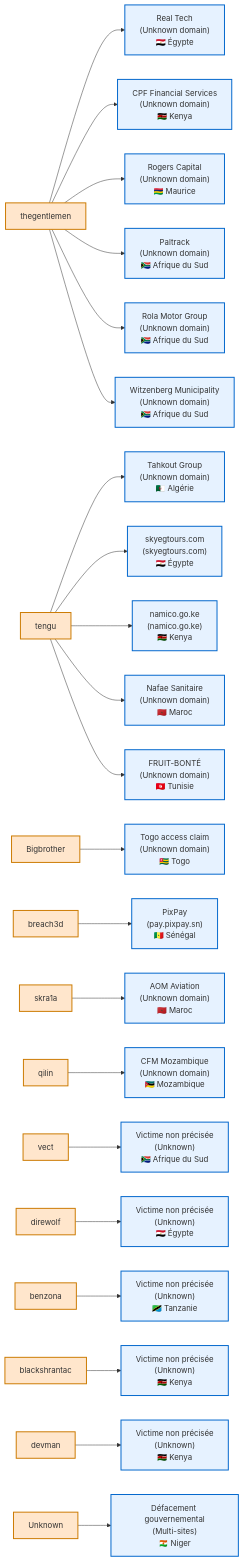
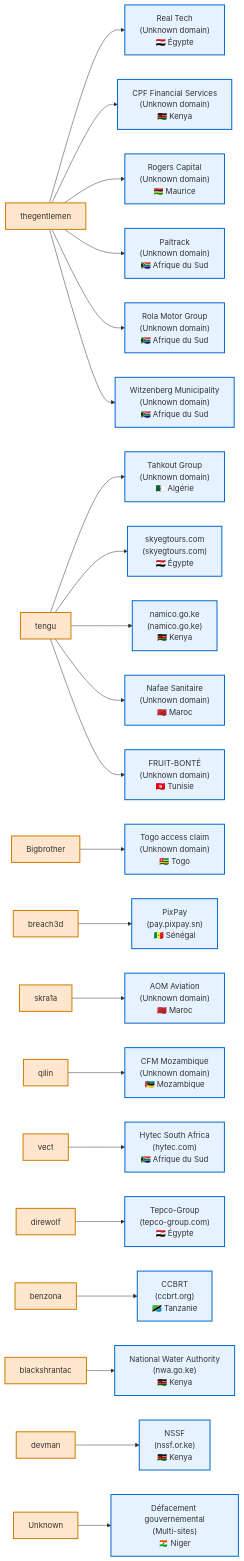
The fourth of 4 diagrams in statistics/2026/01-january/README_FR.md (Hatchepsoute/AFRINTEL), drawn with Mermaid before and after one commit. The commit also changed other lines of this file and 39 other files, not shown here.

````diff
--- a/statistics/2026/01-january/README_FR.md
+++ b/statistics/2026/01-january/README_FR.md
@@ -188,75 +189,75 @@
 ```mermaid
 flowchart LR
 
   %% ===== STYLE =====
   classDef actor fill:#ffe6cc,stroke:#cc7a00,stroke-width:2px;
   classDef victim fill:#e6f2ff,stroke:#0066cc,stroke-width:2px;
 
   %% ===== ACTEURS =====
   A1["thegentlemen"]:::actor
   A2["tengu"]:::actor
   A3["Bigbrother"]:::actor
   A4["breach3d"]:::actor
   A5["skra1a"]:::actor
   A6["qilin"]:::actor
   A7["vect"]:::actor
   A8["direwolf"]:::actor
   A9["benzona"]:::actor
   A10["blackshrantac"]:::actor
   A11["devman"]:::actor
   A12["Unknown"]:::actor
 
   %% ===== VICTIMES =====
   V1["Real Tech\n(Unknown domain)\n🇪🇬 Égypte"]:::victim
   V2["CPF Financial Services\n(Unknown domain)\n🇰🇪 Kenya"]:::victim
   V3["Rogers Capital\n(Unknown domain)\n🇲🇺 Maurice"]:::victim
   V4["Paltrack\n(Unknown domain)\n🇿🇦 Afrique du Sud"]:::victim
   V5["Rola Motor Group\n(Unknown domain)\n🇿🇦 Afrique du Sud"]:::victim
   V6["Witzenberg Municipality\n(Unknown domain)\n🇿🇦 Afrique du Sud"]:::victim
 
   V7["Tahkout Group\n(Unknown domain)\n🇩🇿 Algérie"]:::victim
   V8["skyegtours.com\n(skyegtours.com)\n🇪🇬 Égypte"]:::victim
   V9["namico.go.ke\n(namico.go.ke)\n🇰🇪 Kenya"]:::victim
   V10["Nafae Sanitaire\n(Unknown domain)\n🇲🇦 Maroc"]:::victim
   V11["FRUIT-BONTÉ\n(Unknown domain)\n🇹🇳 Tunisie"]:::victim
 
   V12["PixPay\n(pay.pixpay.sn)\n🇸🇳 Sénégal"]:::victim
   V13["AOM Aviation\n(Unknown domain)\n🇲🇦 Maroc"]:::victim
   V14["CFM Mozambique\n(Unknown domain)\n🇲🇿 Mozambique"]:::victim
   V15["Togo access claim\n(Unknown domain)\n🇹🇬 Togo"]:::victim
 
-  V16["Victime non précisée\n(Unknown)\n🇿🇦 Afrique du Sud"]:::victim
-  V17["Victime non précisée\n(Unknown)\n🇪🇬 Égypte"]:::victim
-  V18["Victime non précisée\n(Unknown)\n🇹🇿 Tanzanie"]:::victim
-  V19["Victime non précisée\n(Unknown)\n🇰🇪 Kenya"]:::victim
-  V20["Victime non précisée\n(Unknown)\n🇰🇪 Kenya"]:::victim
+  V16["Hytec South Africa\n(hytec.com)\n🇿🇦 Afrique du Sud"]:::victim
+  V17["Tepco-Group\n(tepco-group.com)\n🇪🇬 Égypte"]:::victim
+  V18["CCBRT\n(ccbrt.org)\n🇹🇿 Tanzanie"]:::victim
+  V19["National Water Authority\n(nwa.go.ke)\n🇰🇪 Kenya"]:::victim
+  V20["NSSF\n(nssf.or.ke)\n🇰🇪 Kenya"]:::victim
 
   V21["Défacement gouvernemental\n(Multi-sites)\n🇳🇪 Niger"]:::victim
 
   %% ===== RELATIONS =====
   A1 --> V1
   A1 --> V2
   A1 --> V3
   A1 --> V4
   A1 --> V5
   A1 --> V6
 
   A2 --> V7
   A2 --> V8
   A2 --> V9
   A2 --> V10
   A2 --> V11
 
   A4 --> V12
   A5 --> V13
   A6 --> V14
   A3 --> V15
 
   A7 --> V16
   A8 --> V17
   A9 --> V18
   A10 --> V19
   A11 --> V20
 
   A12 --> V21
 ```
````
